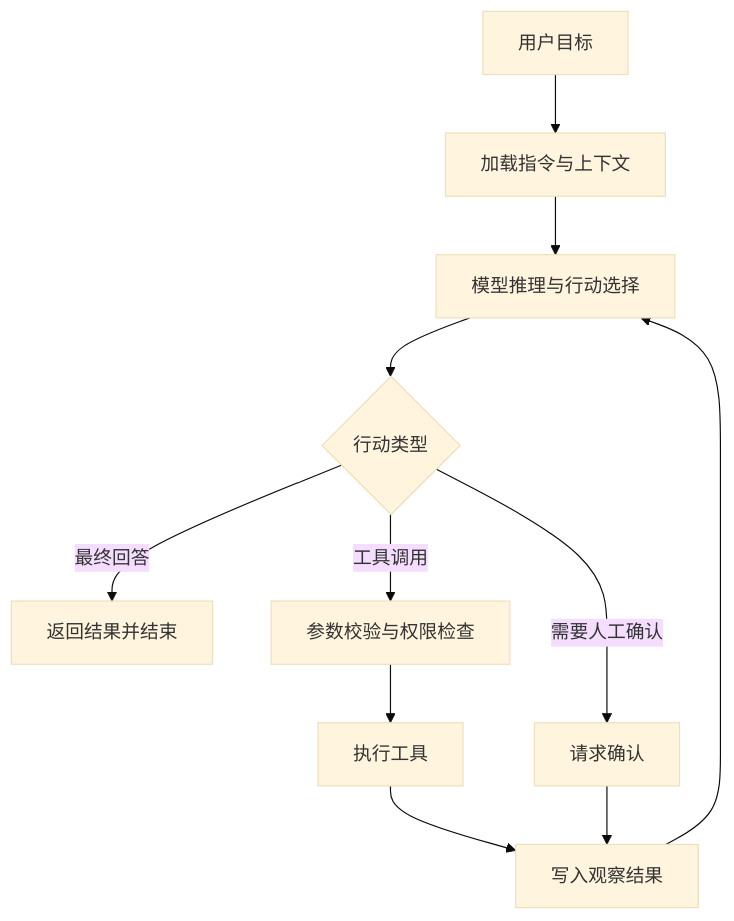
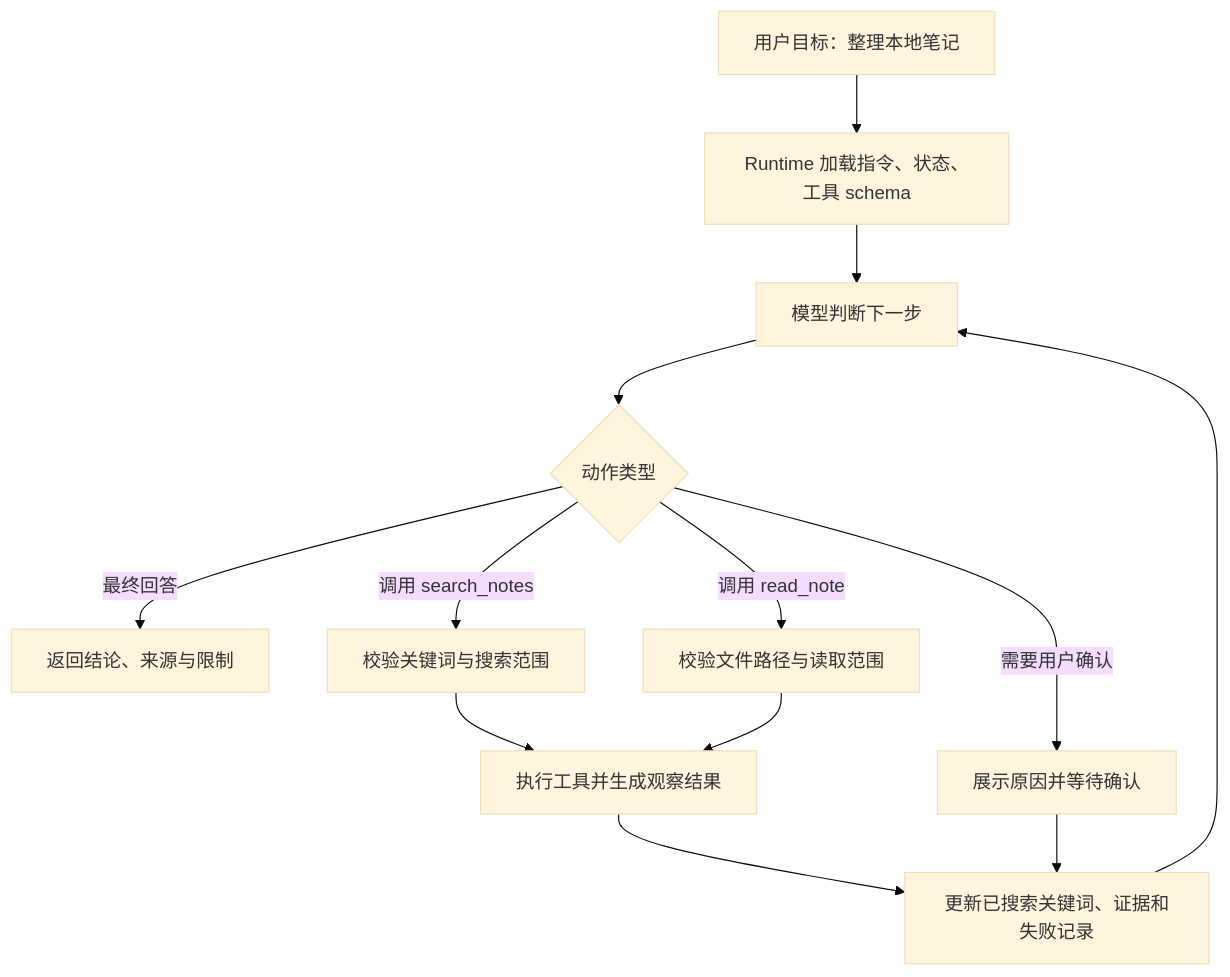
Before and after one commit to Doge2077/liyyro: the diagram in docs/AI/Agent/Agent基础/Agent基础概念.md, drawn with Mermaid (base theme). The commit also changed other lines of this file and 5 other files, not shown here.

Commit message:
improve Agent docs and enable Mermaid

````diff
--- a/docs/AI/Agent/Agent基础/Agent基础概念.md
+++ b/docs/AI/Agent/Agent基础/Agent基础概念.md
@@ -15,13 +47,15 @@
 ```mermaid
 graph TD
-  A["用户目标"] --> B["加载指令与上下文"]
-  B --> C["模型推理与行动选择"]
-  C --> D{"行动类型"}
-  D -->|"最终回答"| E["返回结果并结束"]
-  D -->|"工具调用"| F["参数校验与权限检查"]
-  F --> G["执行工具"]
-  G --> H["写入观察结果"]
-  H --> C
-  D -->|"需要人工确认"| I["请求确认"]
-  I --> H
+  A["用户目标：整理本地笔记"] --> B["Runtime 加载指令、状态、工具 schema"]
+  B --> C["模型判断下一步"]
+  C --> D{"动作类型"}
+  D -->|"最终回答"| E["返回结论、来源与限制"]
+  D -->|"调用 search_notes"| F["校验关键词与搜索范围"]
+  D -->|"调用 read_note"| G["校验文件路径与读取范围"]
+  F --> H["执行工具并生成观察结果"]
+  G --> H
+  H --> I["更新已搜索关键词、证据和失败记录"]
+  I --> C
+  D -->|"需要用户确认"| J["展示原因并等待确认"]
+  J --> I
 ```
````
